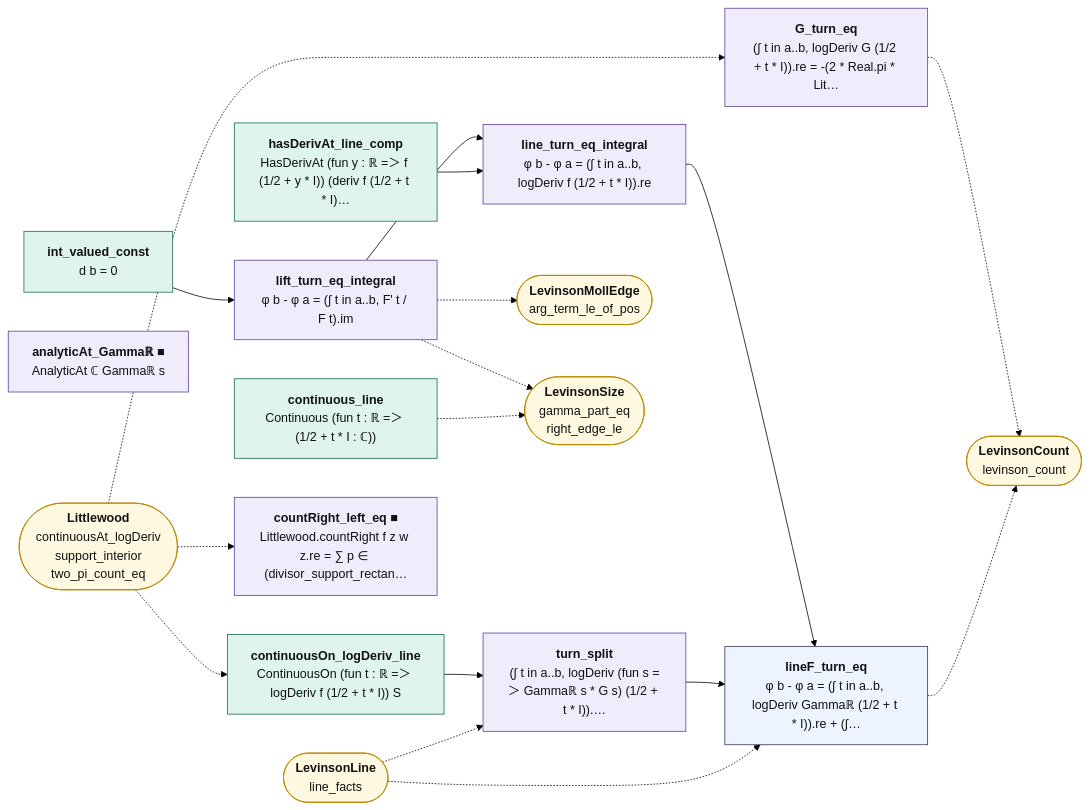
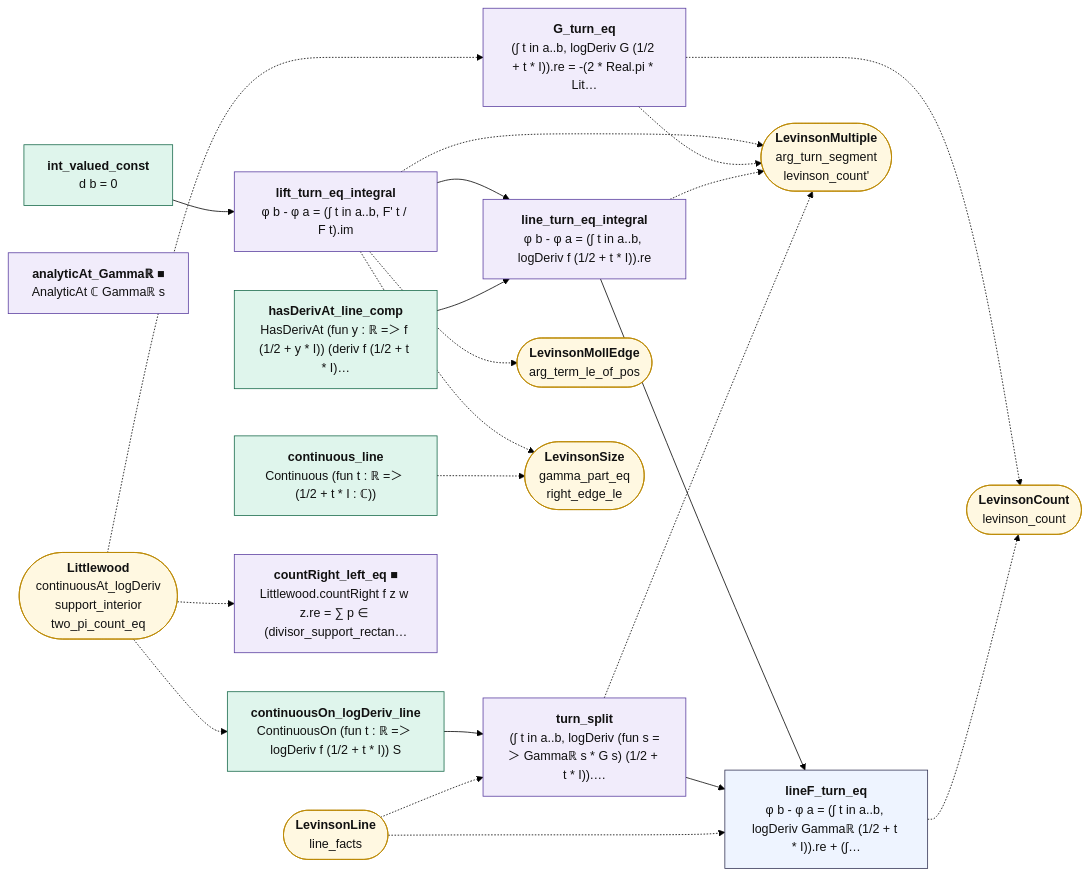
One commit to juliansambranojr/Primebeat_081426 changed the diagram in map/lean_stage3/LevinsonTurn.md. Above: the diagram before and after it, drawn with Mermaid (forest theme). The commit also changed other lines of this file and 39 other files, not shown here.

````diff
--- a/map/lean_stage3/LevinsonTurn.md
+++ b/map/lean_stage3/LevinsonTurn.md
@@ -14,43 +14,48 @@
 ```mermaid
 flowchart LR
   n0["<b>int_valued_const</b><br/>d b = 0"]:::cnt
   n1["<b>lift_turn_eq_integral</b><br/>φ b - φ a = (∫ t in a..b, F' t / F t).im"]:::shp
   n2["<b>hasDerivAt_line_comp</b><br/>HasDerivAt (fun y : ℝ =＞ f (1/2 + y * I)) (deriv f (1/2 + t * I)…"]:::cnt
   n3["<b>continuous_line</b><br/>Continuous (fun t : ℝ =＞ (1/2 + t * I : ℂ))"]:::cnt
   n4["<b>line_turn_eq_integral</b><br/>φ b - φ a = (∫ t in a..b, logDeriv f (1/2 + t * I)).re"]:::shp
   n5["<b>continuousOn_logDeriv_line</b><br/>ContinuousOn (fun t : ℝ =＞ logDeriv f (1/2 + t * I)) S"]:::cnt
   n6["<b>analyticAt_Gammaℝ ■</b><br/>AnalyticAt ℂ Gammaℝ s"]:::shp
   n7["<b>turn_split</b><br/>(∫ t in a..b, logDeriv (fun s =＞ Gammaℝ s * G s) (1/2 + t * I)).…"]:::shp
   n8["<b>lineF_turn_eq</b><br/>φ b - φ a = (∫ t in a..b, logDeriv Gammaℝ (1/2 + t * I)).re + (∫…"]:::thm
   n9["<b>countRight_left_eq ■</b><br/>Littlewood.countRight f z w z.re = ∑ p ∈ (divisor_support_rectan…"]:::shp
   n10["<b>G_turn_eq</b><br/>(∫ t in a..b, logDeriv G (1/2 + t * I)).re = -(2 * Real.pi * Lit…"]:::shp
   x0(["<b>LevinsonMollEdge</b><br/>arg_term_le_of_pos"]):::ext
-  x1(["<b>LevinsonSize</b><br/>gamma_part_eq<br/>right_edge_le"]):::ext
-  x2(["<b>Littlewood</b><br/>continuousAt_logDeriv<br/>support_interior<br/>two_pi_count_eq"]):::ext
-  x3(["<b>LevinsonLine</b><br/>line_facts"]):::ext
-  x4(["<b>LevinsonCount</b><br/>levinson_count"]):::ext
+  x1(["<b>LevinsonMultiple</b><br/>arg_turn_segment<br/>levinson_count'"]):::ext
+  x2(["<b>LevinsonSize</b><br/>gamma_part_eq<br/>right_edge_le"]):::ext
+  x3(["<b>Littlewood</b><br/>continuousAt_logDeriv<br/>support_interior<br/>two_pi_count_eq"]):::ext
+  x4(["<b>LevinsonLine</b><br/>line_facts"]):::ext
+  x5(["<b>LevinsonCount</b><br/>levinson_count"]):::ext
   n0 --> n1
   n1 --> n4
   n2 --> n4
   n4 --> n8
   n5 --> n7
   n7 --> n8
   n1 -.-> x0
   n1 -.-> x1
-  n10 -.-> x4
-  n3 -.-> x1
-  n8 -.-> x4
-  x2 -.-> n10
-  x2 -.-> n5
-  x2 -.-> n9
-  x3 -.-> n7
-  x3 -.-> n8
+  n1 -.-> x2
+  n10 -.-> x1
+  n10 -.-> x5
+  n3 -.-> x2
+  n4 -.-> x1
+  n7 -.-> x1
+  n8 -.-> x5
+  x3 -.-> n10
+  x3 -.-> n5
+  x3 -.-> n9
+  x4 -.-> n7
+  x4 -.-> n8
   classDef cnt fill:#dff5ec,stroke:#17694a,color:#111
   classDef shp fill:#f1ecfb,stroke:#5b3fa0,color:#111
   classDef rh fill:#ffe5e5,stroke:#c22,color:#111,stroke-width:2px
   classDef thm fill:#eef4ff,stroke:#335,color:#111
   classDef end_ fill:#e7f7e7,stroke:#2a7,color:#111,stroke-width:2px
   classDef lone fill:#fff,stroke:#999,color:#111,stroke-dasharray:4 3
   classDef bad fill:#ffe5e5,stroke:#c22,color:#111,stroke-width:2px
   classDef ext fill:#fff8e1,stroke:#b80,color:#111
 ```
````
